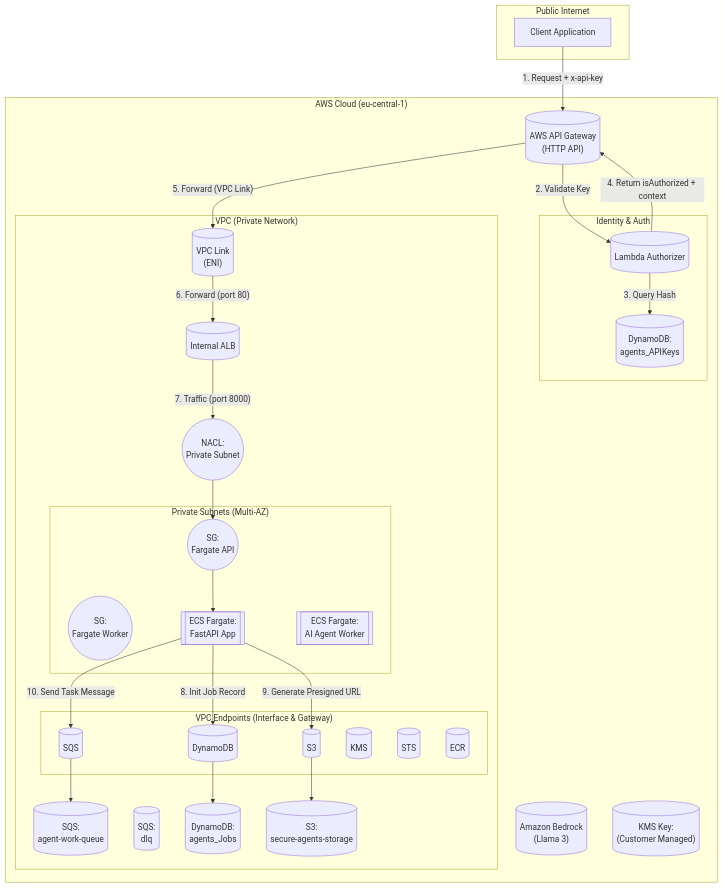
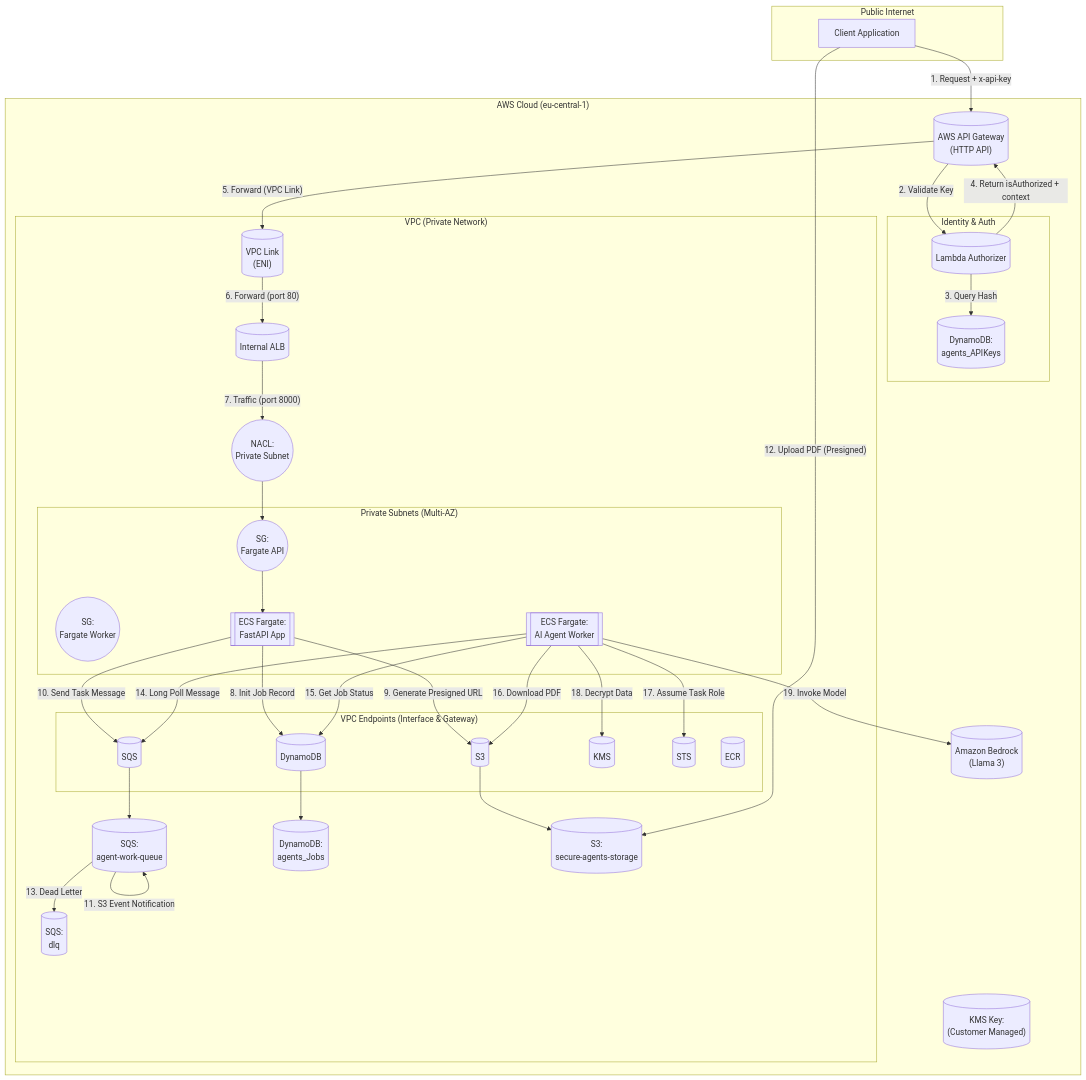
The diagram in README.md (SteliosSpanos/secure-agents), drawn with Mermaid before and after one commit.

Commit message:
Adds mermaid diagram

````diff
--- a/README.md
+++ b/README.md
@@ -11,67 +11,78 @@
 ```mermaid
 graph TD
   subgraph PublicInternet["Public Internet"]
     Client[Client Application]
   end
 
   subgraph AWSCloud["AWS Cloud (eu-central-1)"]
     APIGW[("AWS API Gateway<br>(HTTP API)")]
 
     subgraph AuthLayer["Identity & Auth"]
       Authorizer[("Lambda Authorizer")]
       ApiKeysTable[("DynamoDB:<br>agents_APIKeys")]
     end
 
     subgraph VPC["VPC (Private Network)"]
       VpcLinkENI[("VPC Link<br>(ENI)")]
       InternalALB[("Internal ALB")]
 
       subgraph VpcEndpoints["VPC Endpoints (Interface & Gateway)"]
         EndpointSQS[("SQS")]
         EndpointDynamoDB[("DynamoDB")]
         EndpointS3[("S3")]
         EndpointKMS[("KMS")]
         EndpointSTS[("STS")]
         EndpointECR[("ECR")]
       end
 
       MainQueue[("SQS:<br>agent-work-queue")]
       DlqQueue[("SQS:<br>dlq")]
       JobsTable[("DynamoDB:<br>agents_Jobs")]
       StorageBucket[("S3:<br>secure-agents-storage")]
 
       NaclGate(("NACL:<br>Private Subnet"))
 
       subgraph PrivateSubnets["Private Subnets (Multi-AZ)"]
         SgApi(("SG:<br>Fargate API"))
         SgWorker(("SG:<br>Fargate Worker"))
 
         ApiService[["ECS Fargate:<br>FastAPI App"]]
         WorkerService[["ECS Fargate:<br>AI Agent Worker"]]
       end
     end
 
     BedrockService[("Amazon Bedrock<br>(Llama 3)")]
     KmsKey[("KMS Key:<br>(Customer Managed)")]
   end
 
 
   Client -- "1. Request + x-api-key" --> APIGW
   APIGW -- "2. Validate Key" --> Authorizer
   Authorizer -- "3. Query Hash" --> ApiKeysTable
   Authorizer -- "4. Return isAuthorized + context" --> APIGW
 
   APIGW -- "5. Forward (VPC Link)" --> VpcLinkENI
   VpcLinkENI -- "6. Forward (port 80)" --> InternalALB
   InternalALB -- "7. Traffic (port 8000)" --> NaclGate
   NaclGate --> SgApi
   SgApi --> ApiService
 
   ApiService -- "8. Init Job Record" --> EndpointDynamoDB
   EndpointDynamoDB --> JobsTable
   ApiService -- "9. Generate Presigned URL" --> EndpointS3
   EndpointS3 --> StorageBucket
   ApiService -- "10. Send Task Message" --> EndpointSQS
   EndpointSQS --> MainQueue
 
+  MainQueue -- "11. S3 Event Notification" --> MainQueue
+  Client -- "12. Upload PDF (Presigned)" --> StorageBucket
+  MainQueue -- "13. Dead Letter" --> DlqQueue
+  WorkerService -- "14. Long Poll Message" --> EndpointSQS
+  WorkerService -- "15. Get Job Status" --> EndpointDynamoDB
+  WorkerService -- "16. Download PDF" --> EndpointS3
+  WorkerService -- "17. Assume Task Role" --> EndpointSTS
+  WorkerService -- "18. Decrypt Data" --> EndpointKMS
+
+  WorkerService -- "19. Invoke Model" --> BedrockService
+
 ```
````
